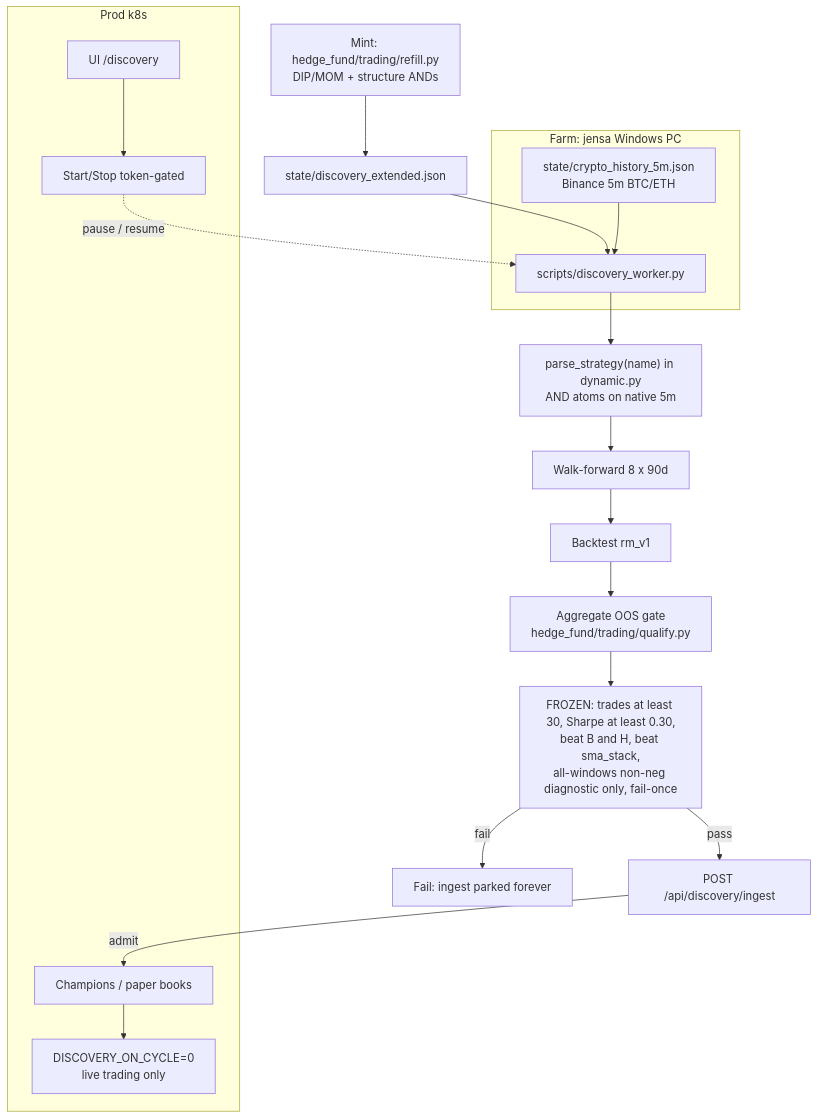
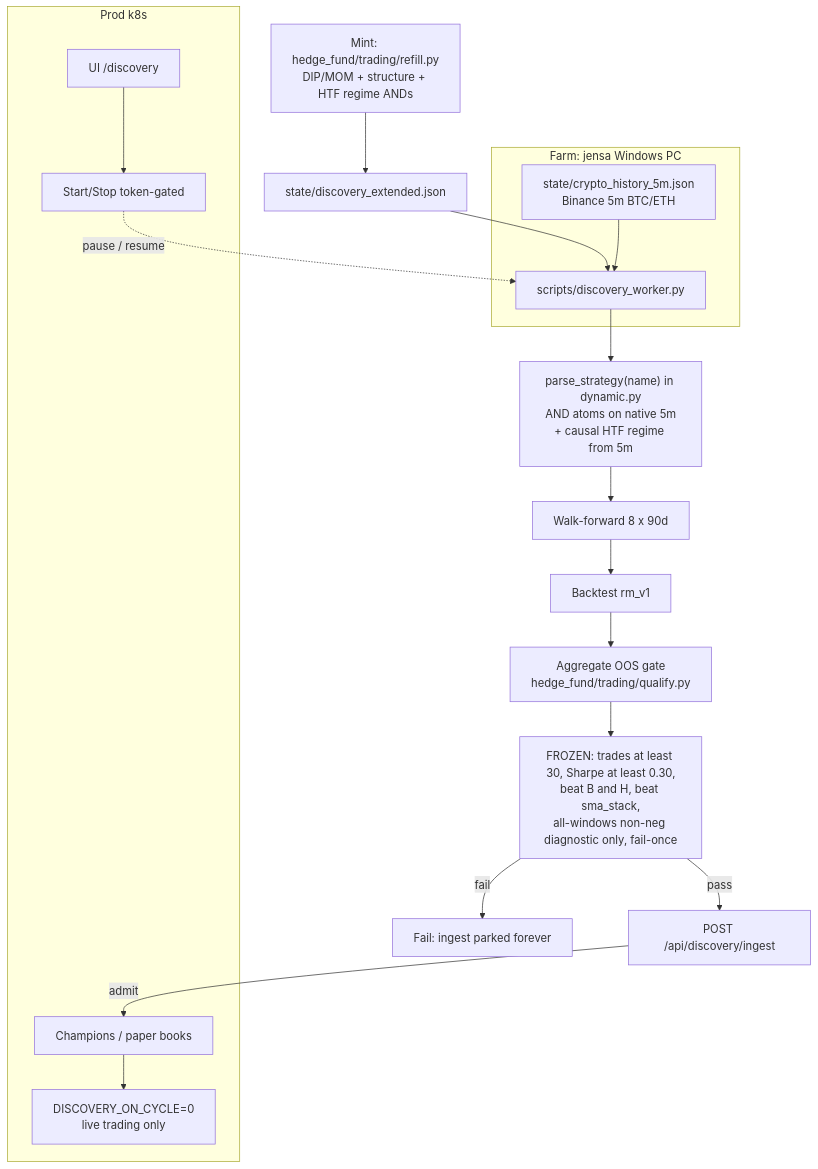
One commit to Runemark7/paper-trading-bot changed the first of 3 diagrams in docs/WORKFLOW.md. Above: the diagram before and after it, drawn with Mermaid. The commit also changed other lines of this file and 12 other files, not shown here.

First line of the commit message:
feat: causal HTF buyer-regime atoms (mint/parser only) (#48)

````diff
--- a/docs/WORKFLOW.md
+++ b/docs/WORKFLOW.md
@@ -49,38 +49,38 @@
 ```mermaid
 flowchart TB
-  recipe["Mint: hedge_fund/trading/refill.py\nDIP/MOM + structure ANDs"]
+  recipe["Mint: hedge_fund/trading/refill.py\nDIP/MOM + structure + HTF regime ANDs"]
   ext["state/discovery_extended.json"]
   recipe --> ext
 
   subgraph farm [Farm: jensa Windows PC]
     worker["scripts/discovery_worker.py"]
     hist["state/crypto_history_5m.json\nBinance 5m BTC/ETH"]
   end
   ext --> worker
   hist --> worker
 
-  parse["parse_strategy(name) in dynamic.py\nAND atoms on native 5m"]
+  parse["parse_strategy(name) in dynamic.py\nAND atoms on native 5m\n+ causal HTF regime from 5m"]
   wf["Walk-forward 8 x 90d"]
   bt["Backtest rm_v1"]
   gate["Aggregate OOS gate\nhedge_fund/trading/qualify.py"]
   worker --> parse --> wf --> bt --> gate
 
   frozen["FROZEN: trades at least 30, Sharpe at least 0.30,\nbeat B and H, beat sma_stack,\nall-windows non-neg diagnostic only, fail-once"]
   gate --> frozen
 
   ingest["POST /api/discovery/ingest"]
   park["Fail: ingest parked forever"]
   frozen -->|"pass"| ingest
   frozen -->|"fail"| park
 
   subgraph prod [Prod k8s]
     champs["Champions / paper books"]
     live["DISCOVERY_ON_CYCLE=0\nlive trading only"]
     ui["UI /discovery"]
     ctl["Start/Stop token-gated"]
   end
   ingest -->|"admit"| champs
   champs --> live
   ui --> ctl
   ctl -.->|"pause / resume"| worker
 ```
````
